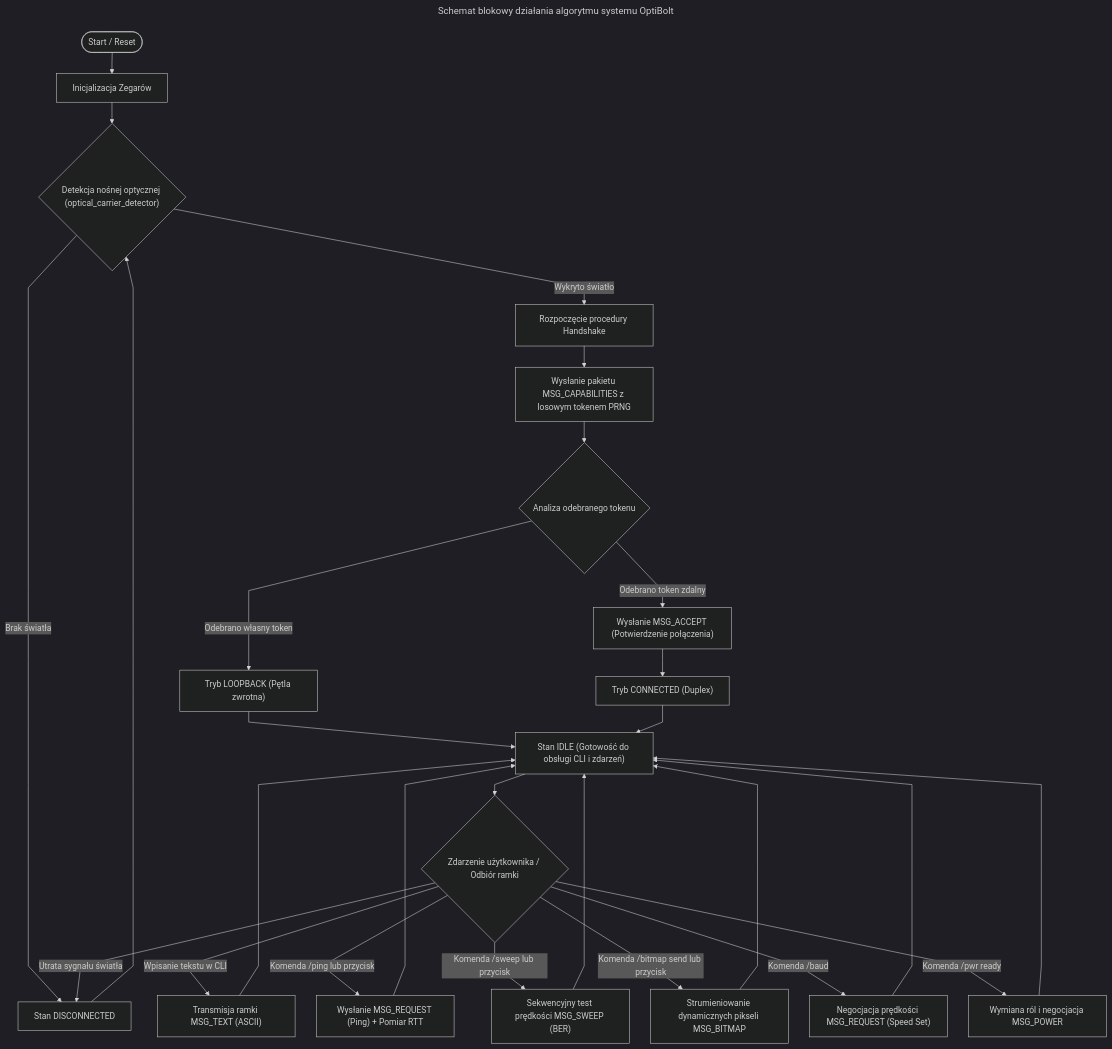
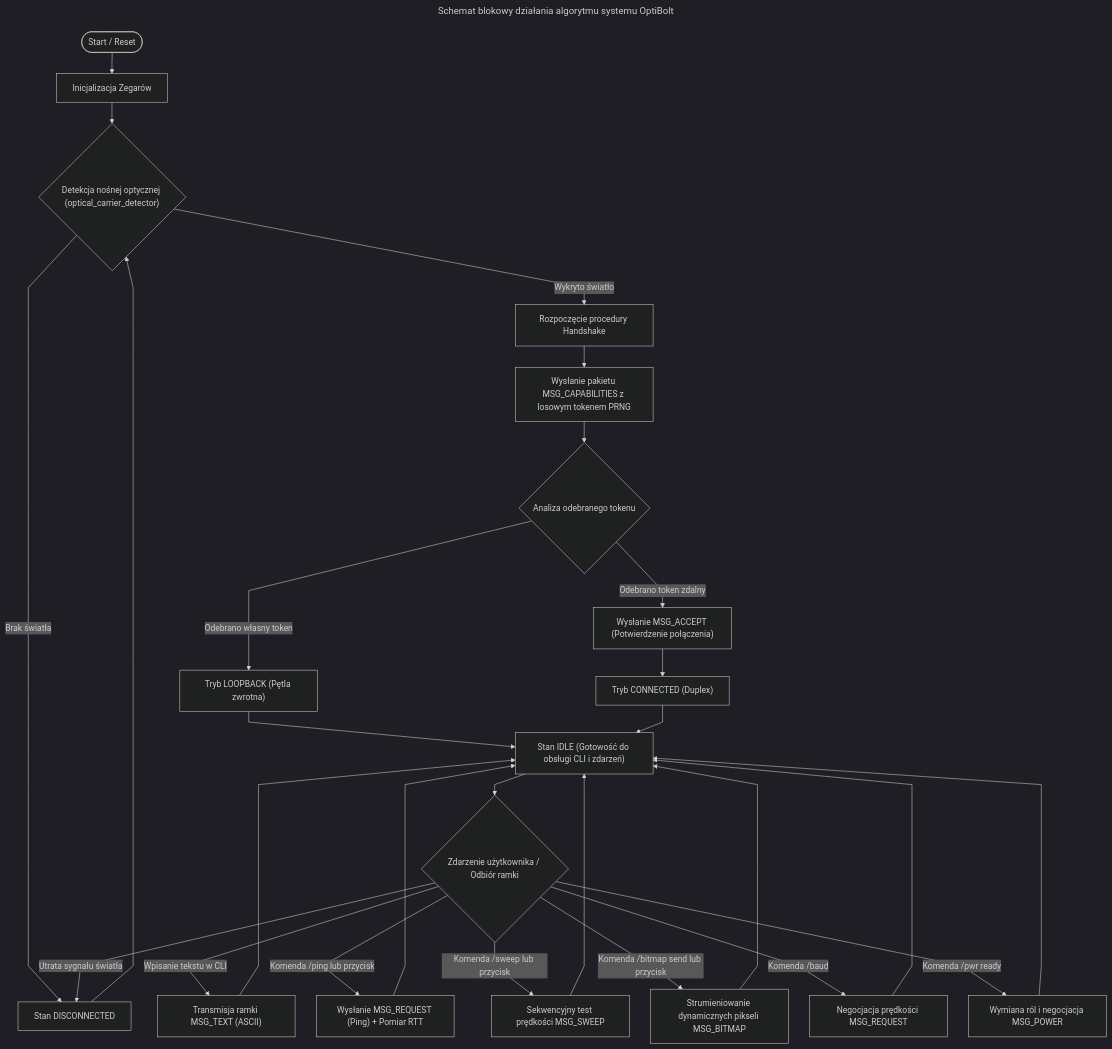
The diagram in doc/schematic/algorithm_flowchart.mmd (Ziemniaczenka/OptiBolt-protocol-and-evaluation), drawn with Mermaid (dark theme) before and after one commit. The commit also changed 6 other files, not shown here.

Commit message:
delete unused signals, update schematic

```diff
--- a/doc/schematic/algorithm_flowchart.mmd
+++ b/doc/schematic/algorithm_flowchart.mmd
@@ -1,38 +1,38 @@
 ---
 title: "Schemat blokowy działania algorytmu systemu OptiBolt"
 ---
 %%{init: {'flowchart': {'curve': 'linear', 'nodeSpacing': 40, 'rankSpacing': 40}}}%%
 flowchart TD
     START(["Start / Reset"]) --> INIT["Inicjalizacja Zegarów"]
     INIT --> OPT_DET{"Detekcja nośnej optycznej (optical_carrier_detector)"}
     
     OPT_DET -- "Brak światła" --> WAIT_LIGHT["Stan DISCONNECTED"]
     WAIT_LIGHT --> OPT_DET
     
     OPT_DET -- "Wykryto światło" --> HS_START["Rozpoczęcie procedury Handshake"]
     HS_START --> HS_TOKEN["Wysłanie pakietu MSG_CAPABILITIES z losowym tokenem PRNG"]
     
     HS_TOKEN --> HS_CHECK{"Analiza odebranego tokenu"}
     HS_CHECK -- "Odebrano własny token" --> LOOP_MODE["Tryb LOOPBACK (Pętla zwrotna)"]
     HS_CHECK -- "Odebrano token zdalny" --> SEND_ACCEPT["Wysłanie MSG_ACCEPT (Potwierdzenie połączenia)"]
     SEND_ACCEPT --> DUPLEX_MODE["Tryb CONNECTED (Duplex)"]
     
     LOOP_MODE --> READY["Stan IDLE (Gotowość do obsługi CLI i zdarzeń)"]
     DUPLEX_MODE --> READY
     
     READY --> USER_ACTION{"Zdarzenie użytkownika / Odbiór ramki"}
     
     USER_ACTION -- "Wpisanie tekstu w CLI" --> TX_TEXT["Transmisja ramki MSG_TEXT (ASCII)"]
     USER_ACTION -- "Komenda /ping lub przycisk" --> TX_PING["Wysłanie MSG_REQUEST (Ping) + Pomiar RTT"]
-    USER_ACTION -- "Komenda /sweep lub przycisk" --> TX_SWEEP["Sekwencyjny test prędkości MSG_SWEEP (BER)"]
+    USER_ACTION -- "Komenda /sweep lub przycisk" --> TX_SWEEP["Sekwencyjny test prędkości MSG_SWEEP"]
     USER_ACTION -- "Komenda /bitmap send lub przycisk" --> TX_BMP["Strumieniowanie dynamicznych pikseli MSG_BITMAP"]
-    USER_ACTION -- "Komenda /baud" --> TX_BAUD["Negocjacja prędkości MSG_REQUEST (Speed Set)"]
+    USER_ACTION -- "Komenda /baud" --> TX_BAUD["Negocjacja prędkości MSG_REQUEST"]
     USER_ACTION -- "Komenda /pwr ready" --> TX_PWR["Wymiana ról i negocjacja MSG_POWER"]
     USER_ACTION -- "Utrata sygnału światła" --> WAIT_LIGHT
     
     TX_TEXT --> READY
     TX_PING --> READY
     TX_SWEEP --> READY
     TX_BMP --> READY
     TX_BAUD --> READY
     TX_PWR --> READY
```
